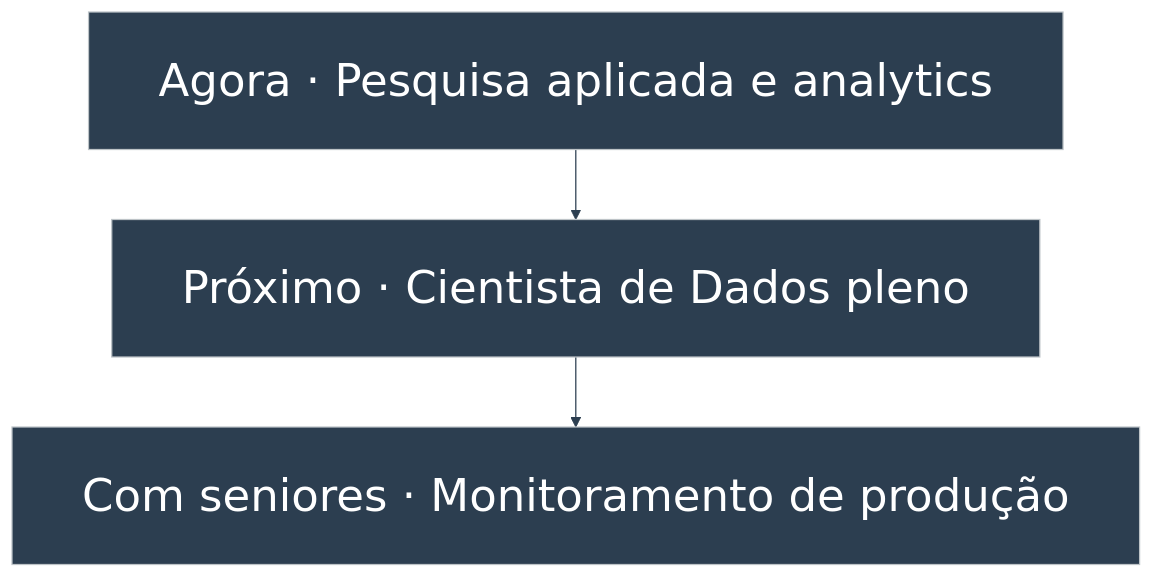
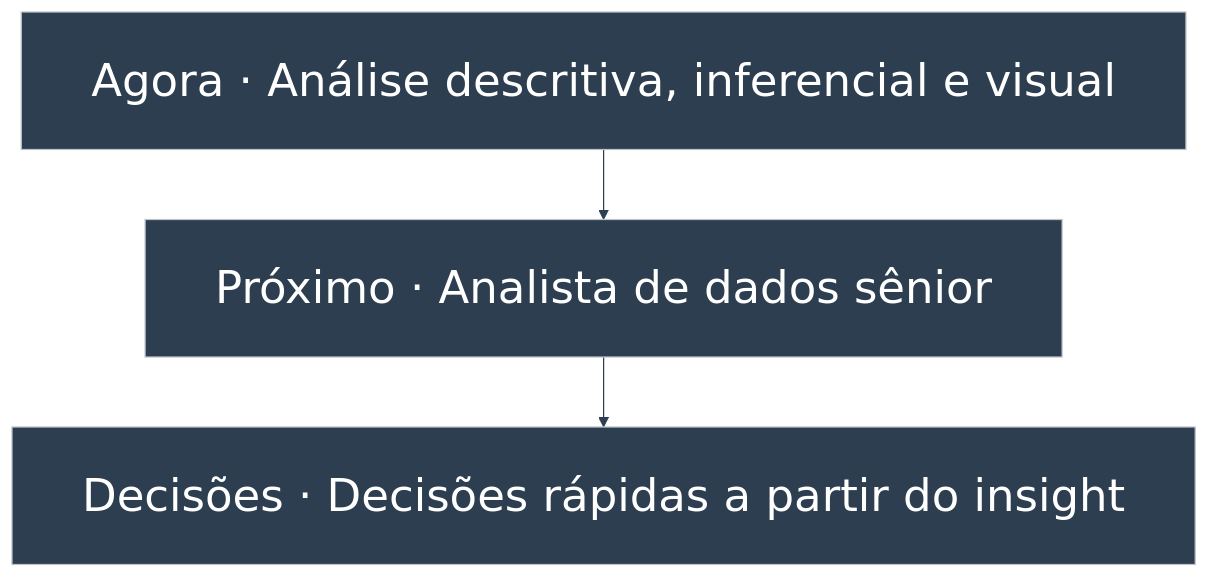
One commit to duducm2/my-personal-repo changed diagram 15 of 15 in portfolio/mermaid/diagrams.md. Above: the diagram before and after it, drawn with Mermaid. The commit also changed other lines of this file and 40 other files, not shown here.

````diff
--- a/portfolio/mermaid/diagrams.md
+++ b/portfolio/mermaid/diagrams.md
@@ -271,8 +271,8 @@
 ```mermaid
 %%{init: {'theme': 'base', 'themeVariables': { 'primaryColor': '#2c3e50', 'primaryTextColor': '#fff', 'primaryBorderColor': '#bdc3c7', 'lineColor': '#2c3e50', 'fontFamily': 'Lato', 'fontSize': '36px'}, 'flowchart': {'padding': 28, 'rankSpacing': 56, 'wrappingWidth': 900}}}%%
 flowchart TB
-  Now["Agora · Pesquisa aplicada e analytics"]
-  Next["Próximo · Cientista de Dados pleno"]
-  Seniors["Com seniores · Monitoramento de produção"]
+  Now["Agora · Análise descritiva, inferencial e visual"]
+  Next["Próximo · Analista de dados sênior"]
+  Seniors["Decisões · Decisões rápidas a partir do insight"]
   Now --> Next --> Seniors
 ```
````
